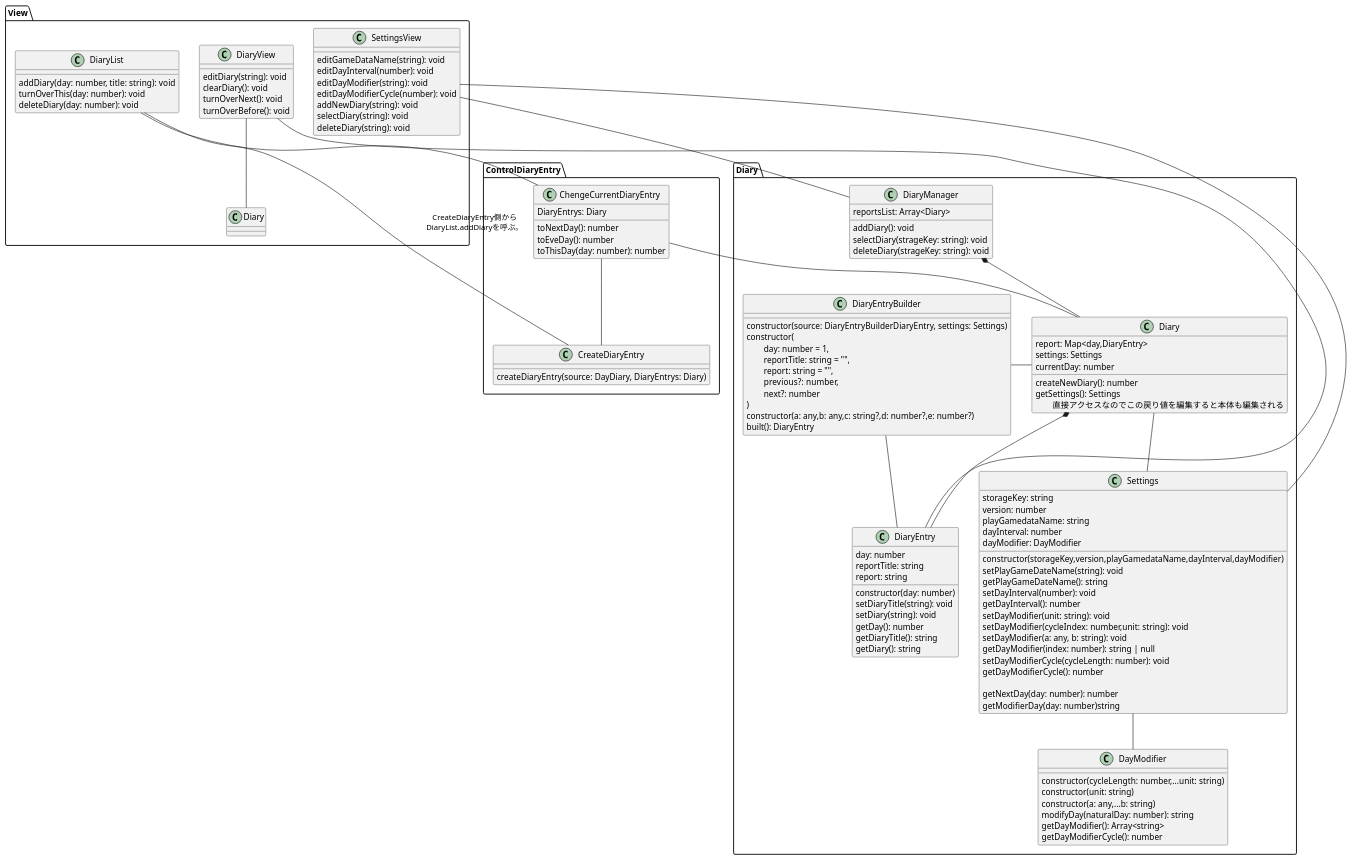
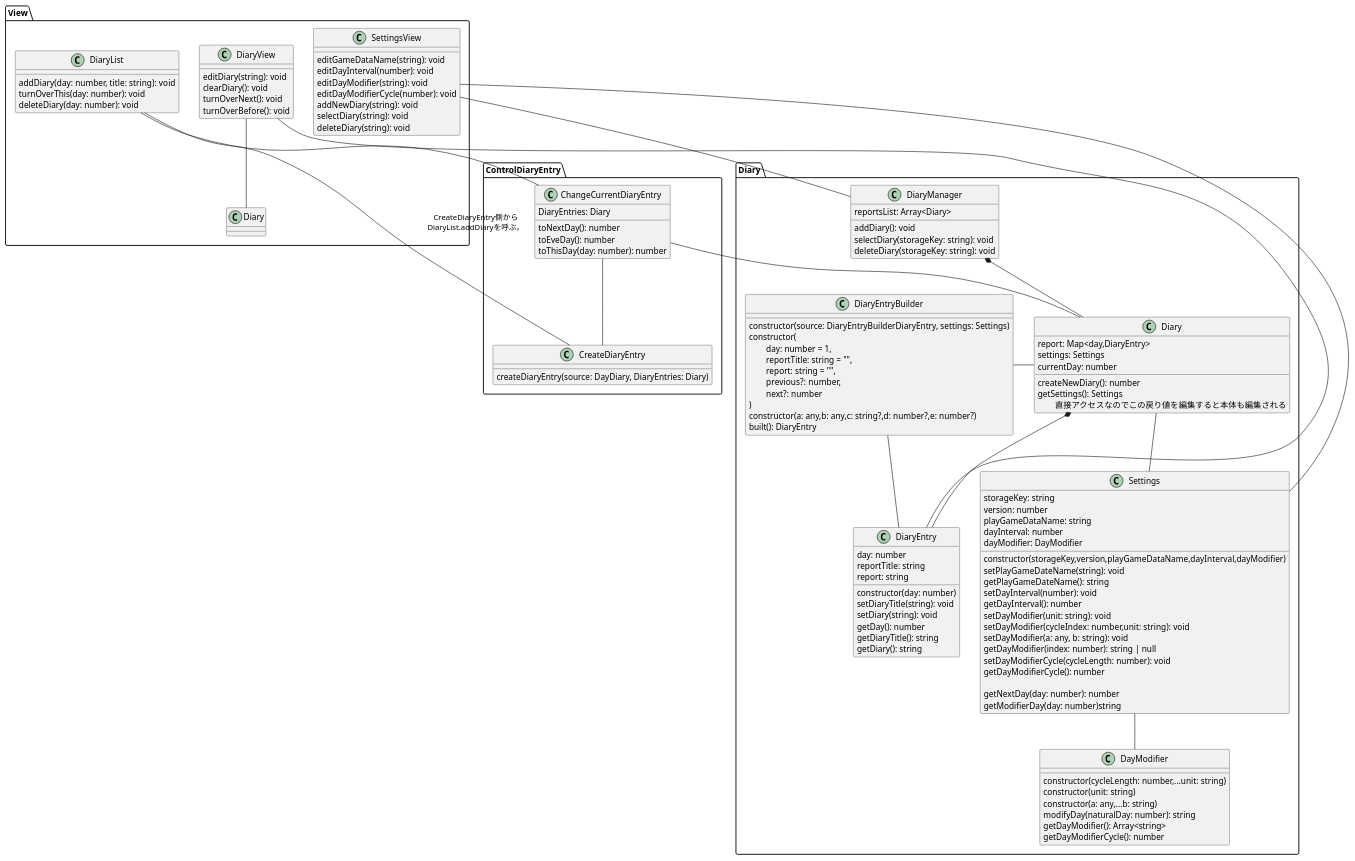
One commit to urusakuma/GameDiary changed the diagram in UML/class.puml. Above: the diagram before and after it, drawn with PlantUML. The commit also changed 14 other files, not shown here.

```diff
--- a/UML/class.puml
+++ b/UML/class.puml
@@ -1,113 +1,113 @@
 @startuml class
 package Diary{
   class Diary{
     report: Map<day,DiaryEntry>
     settings: Settings
     currentDay: number
     createNewDiary(): number
     getSettings(): Settings\n\t直接アクセスなのでこの戻り値を編集すると本体も編集される
   }
   class DiaryEntryBuilder{
     constructor(source: DiaryEntryBuilderDiaryEntry, settings: Settings)
     constructor(\n\tday: number = 1,\n\treportTitle: string = "",\n\treport: string = "",\n\tprevious?: number,\n\tnext?: number\n)
     constructor(a: any,b: any,c: string?,d: number?,e: number?)
     built(): DiaryEntry
   }
   Diary -l- DiaryEntryBuilder
   DiaryEntryBuilder -- DiaryEntry
   class DiaryEntry{
     day: number
     reportTitle: string
     report: string
     constructor(day: number)
     setDiaryTitle(string): void
     setDiary(string): void
     getDay(): number
     getDiaryTitle(): string
     getDiary(): string
   }
 
   class Settings{
     storageKey: string
     version: number
-    playGamedataName: string
+    playGameDataName: string
     dayInterval: number
     dayModifier: DayModifier
-    constructor(storageKey,version,playGamedataName,dayInterval,dayModifier)
+    constructor(storageKey,version,playGameDataName,dayInterval,dayModifier)
     setPlayGameDateName(string): void
     getPlayGameDateName(): string
     setDayInterval(number): void
     getDayInterval(): number
     setDayModifier(unit: string): void
     setDayModifier(cycleIndex: number,unit: string): void
     setDayModifier(a: any, b: string): void
     getDayModifier(index: number): string | null
     setDayModifierCycle(cycleLength: number): void
     getDayModifierCycle(): number
 
     getNextDay(day: number): number
     getModifierDay(day: number)string
   }
   Diary *-- DiaryEntry
   Diary -- Settings
   Settings -- DayModifier
   class DayModifier{
     constructor(cycleLength: number,...unit: string)
     constructor(unit: string)
     constructor(a: any,...b: string)
     modifyDay(naturalDay: number): string
     getDayModifier(): Array<string>
     getDayModifierCycle(): number
   }
   class DiaryManager{
     reportsList: Array<Diary>
     addDiary(): void
-    selectDiary(strageKey: string): void
-    deleteDiary(strageKey: string): void
+    selectDiary(storageKey: string): void
+    deleteDiary(storageKey: string): void
   }
   DiaryManager *-- Diary
 }
 package ControlDiaryEntry{
   class CreateDiaryEntry{
-    createDiaryEntry(source: DayDiary, DiaryEntrys: Diary)
+    createDiaryEntry(source: DayDiary, DiaryEntries: Diary)
   }
-  class ChengeCurrentDiaryEntry{
-    DiaryEntrys: Diary
+  class ChangeCurrentDiaryEntry{
+    DiaryEntries: Diary
     toNextDay(): number
     toEveDay(): number
     toThisDay(day: number): number
   }
-  ChengeCurrentDiaryEntry -- CreateDiaryEntry
-  ChengeCurrentDiaryEntry -- Diary.Diary
+  ChangeCurrentDiaryEntry -- CreateDiaryEntry
+  ChangeCurrentDiaryEntry -- Diary.Diary
 }
 package View{
   class DiaryList{
     addDiary(day: number, title: string): void
     turnOverThis(day: number): void
     deleteDiary(day: number): void
   }
   class DiaryView{
     editDiary(string): void
     clearDiary(): void
     turnOverNext(): void
     turnOverBefore(): void
   }
   class SettingsView{
     editGameDataName(string): void
     editDayInterval(number): void
     editDayModifier(string): void
     editDayModifierCycle(number): void
     addNewDiary(string): void
     selectDiary(string): void
     deleteDiary(string): void
   }
   DiaryList -- CreateDiaryEntry : CreateDiaryEntry側から\nDiaryList.addDiaryを呼ぶ。
-  DiaryList -- ChengeCurrentDiaryEntry
+  DiaryList -- ChangeCurrentDiaryEntry
   DiaryView -- DiaryEntry
   DiaryView -- Diary
   SettingsView -- Settings
   SettingsView -- DiaryManager
 
 
 }
 @enduml
```
